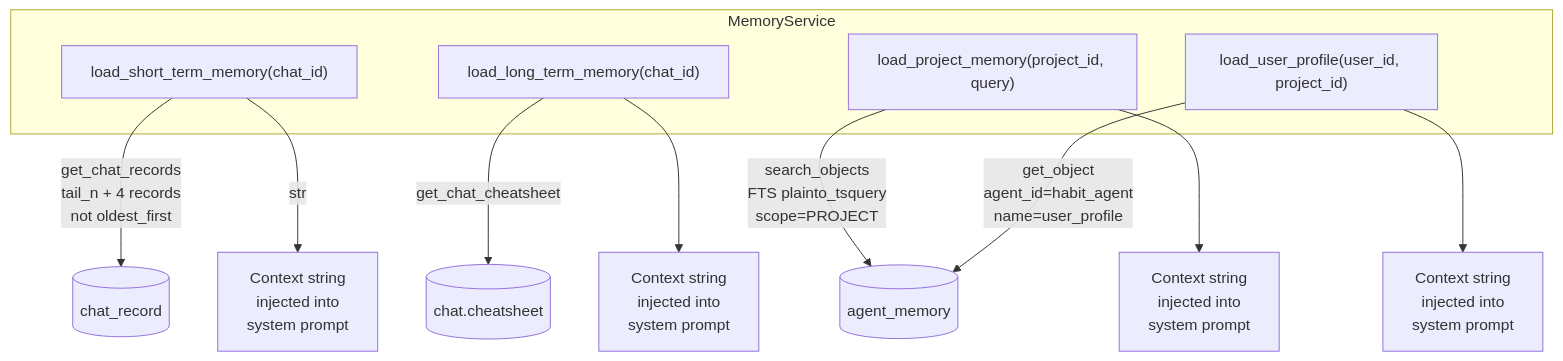
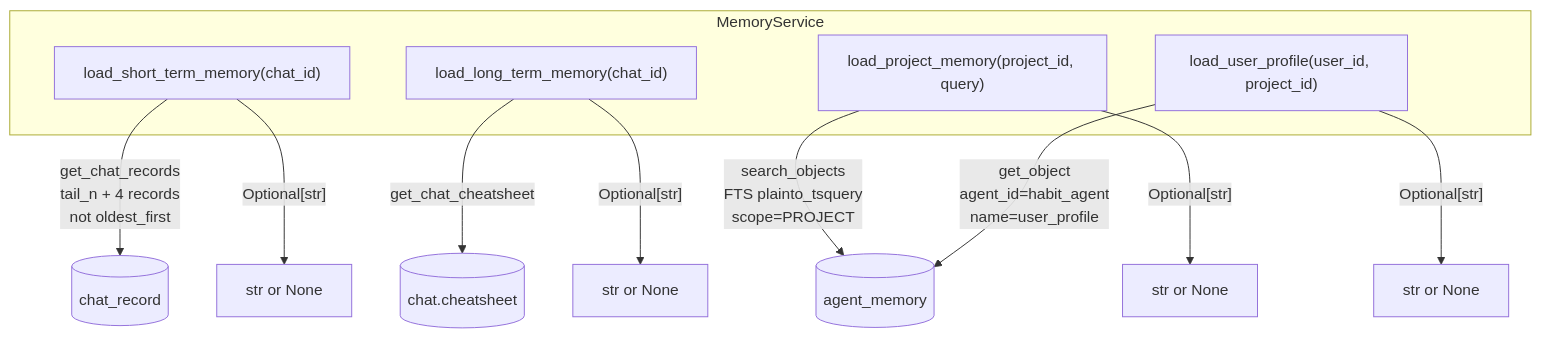
The fourth of 5 diagrams in memory-service-guide.md (wiedersehne/Ida-arch), drawn with Mermaid before and after one commit. The commit also changed other lines of this file, not shown here.

````diff
--- a/memory-service-guide.md
+++ b/memory-service-guide.md
@@ -311,19 +311,19 @@
 ```mermaid
 flowchart TD
     subgraph MemoryService
         STM["load_short_term_memory(chat_id)"]
         LTM["load_long_term_memory(chat_id)"]
         PM["load_project_memory(project_id, query)"]
         UP["load_user_profile(user_id, project_id)"]
     end
 
     STM -->|"get_chat_records\ntail_n + 4 records\nnot oldest_first"| CR[("chat_record")]
     LTM -->|"get_chat_cheatsheet"| CS[("chat.cheatsheet")]
     PM  -->|"search_objects\nFTS plainto_tsquery\nscope=PROJECT"| AM[("agent_memory")]
     UP  -->|"get_object\nagent_id=habit_agent\nname=user_profile"| AM
 
-    STM -->|str| OUT["Context string\ninjected into\nsystem prompt"]
-    LTM --> Out2["Context string\ninjected into\nsystem prompt"]
-    PM  --> Out3["Context string\ninjected into\nsystem prompt"]
-    UP  --> Out4["Context string\ninjected into\nsystem prompt"]
+    STM -->|"Optional[str]"| OUT["str or None"]
+    LTM -->|"Optional[str]"| Out2["str or None"]
+    PM  -->|"Optional[str]"| Out3["str or None"]
+    UP  -->|"Optional[str]"| Out4["str or None"]
 ```
````
